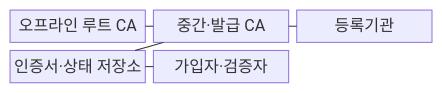
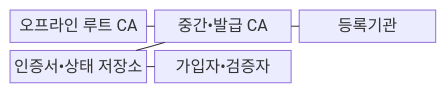
The first of 2 diagrams in src/content/docs/notes/05-security/007_public_key_infrastructure.md (agnusdei1207/knowledge-base), drawn with Mermaid before and after one commit. The commit also changed other lines of this file and 953 other files, not shown here.

````diff
--- a/src/content/docs/notes/05-security/007_public_key_infrastructure.md
+++ b/src/content/docs/notes/05-security/007_public_key_infrastructure.md
@@ -67,13 +67,13 @@
 ```mermaid
 block-beta
     columns 3
     R["오프라인 루트 CA"]
-    I["중간·발급 CA"]
+    I["중간•발급 CA"]
     A["등록기관"]
-    P["인증서·상태 저장소"]
-    U["가입자·검증자"]
+    P["인증서•상태 저장소"]
+    U["가입자•검증자"]
     R --- I
     A --- I
     I --- P
     P --- U
 ```
````
